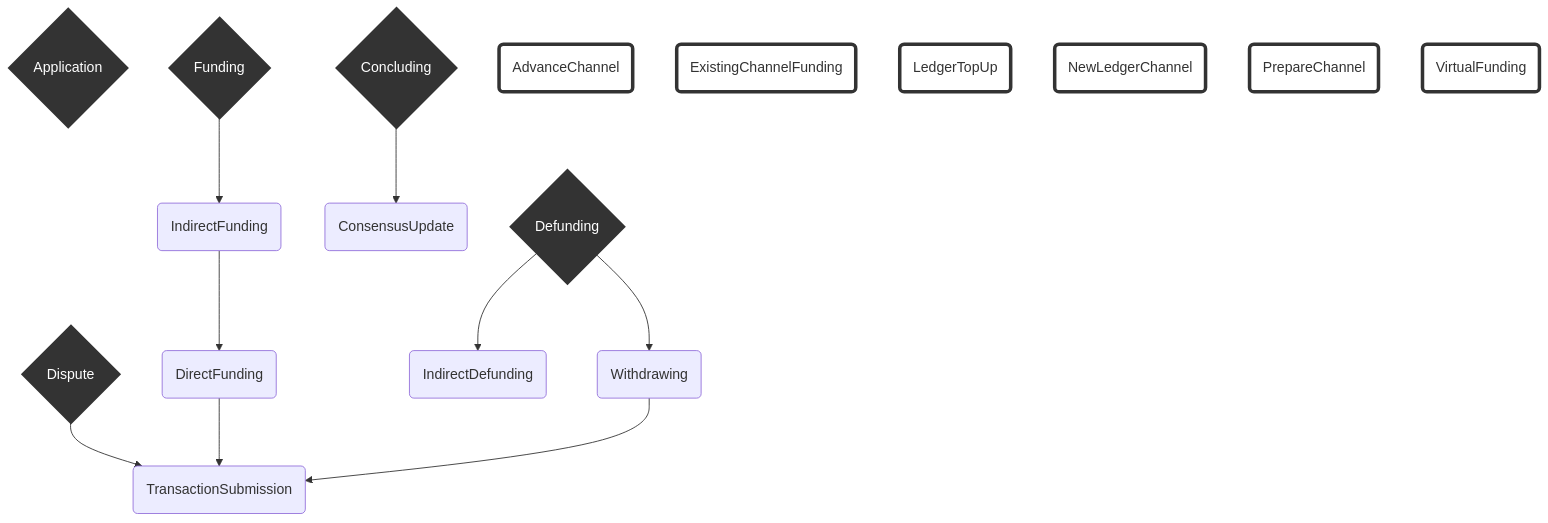
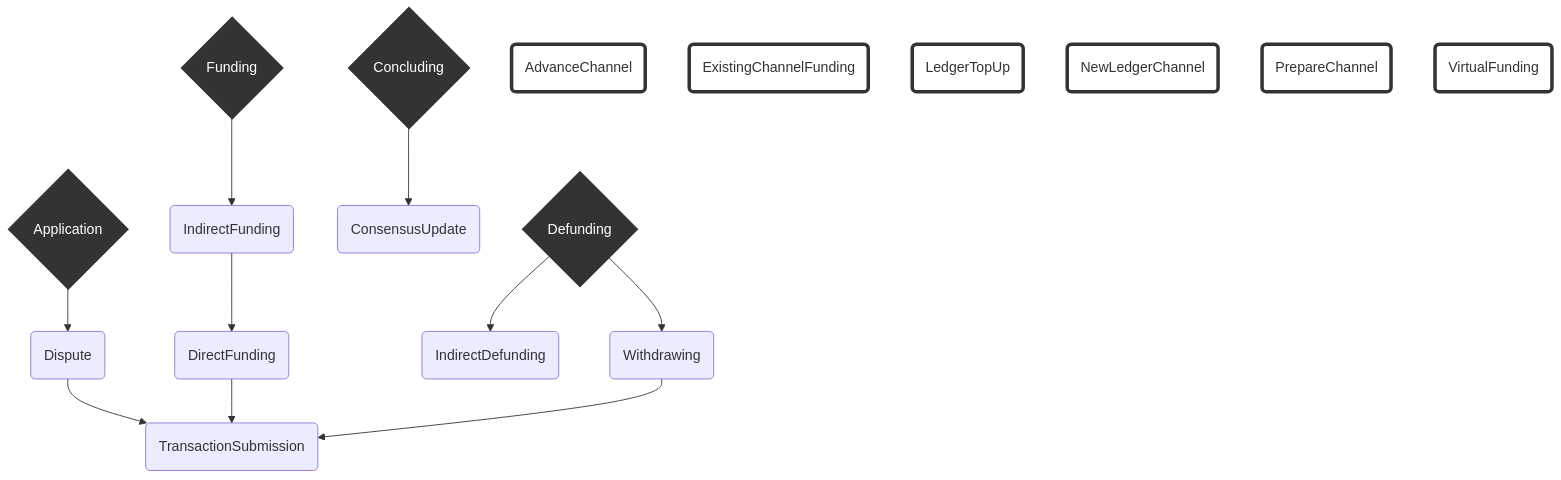
The diagram in packages/rps/packages/wallet/notes/index.md (statechannels/statechannels), drawn with Mermaid before and after one commit. The commit also changed 19 other files, not shown here.

First line of the commit message:
Merge pull request #558 from magmo/gk-nest-dispute-under-application

````diff
--- a/packages/rps/packages/wallet/notes/index.md
+++ b/packages/rps/packages/wallet/notes/index.md
@@ -31,37 +31,37 @@
 ```mermaid
 graph TD
   linkStyle default interpolate basis
 
-    A{Application}
+    A{Application}--> D
     F{Funding}--> idF(IndirectFunding)
 
-    D{Dispute}--> TS
+    D(Dispute)--> TS
 
 
     C{Concluding}-->CU(ConsensusUpdate)
 
     idF --> dF(DirectFunding)
 
     Df{Defunding}-->idDf(IndirectDefunding)
     Df-->W(Withdrawing)
 
     dF-->TS(TransactionSubmission)
 
     W-->TS
 
     AC(AdvanceChannel)
     ECF(ExistingChannelFunding)
     LTU(LedgerTopUp)
     NLC(NewLedgerChannel)
     PC(PrepareChannel)
     VF(VirtualFunding)
 
     classDef TopLevelProtocol stroke:#333,stroke-width:4px,color:#ffff,fill:#333;
 
     classDef OrphanProtocol stroke:#333,stroke-width:4px,fill:#0000;
 
-    class A,F,D,C,Df TopLevelProtocol
+    class A,F,C,Df TopLevelProtocol
     class AC,ECF,LTU,NLC,PC,VF OrphanProtocol
 
 
 ```
````
